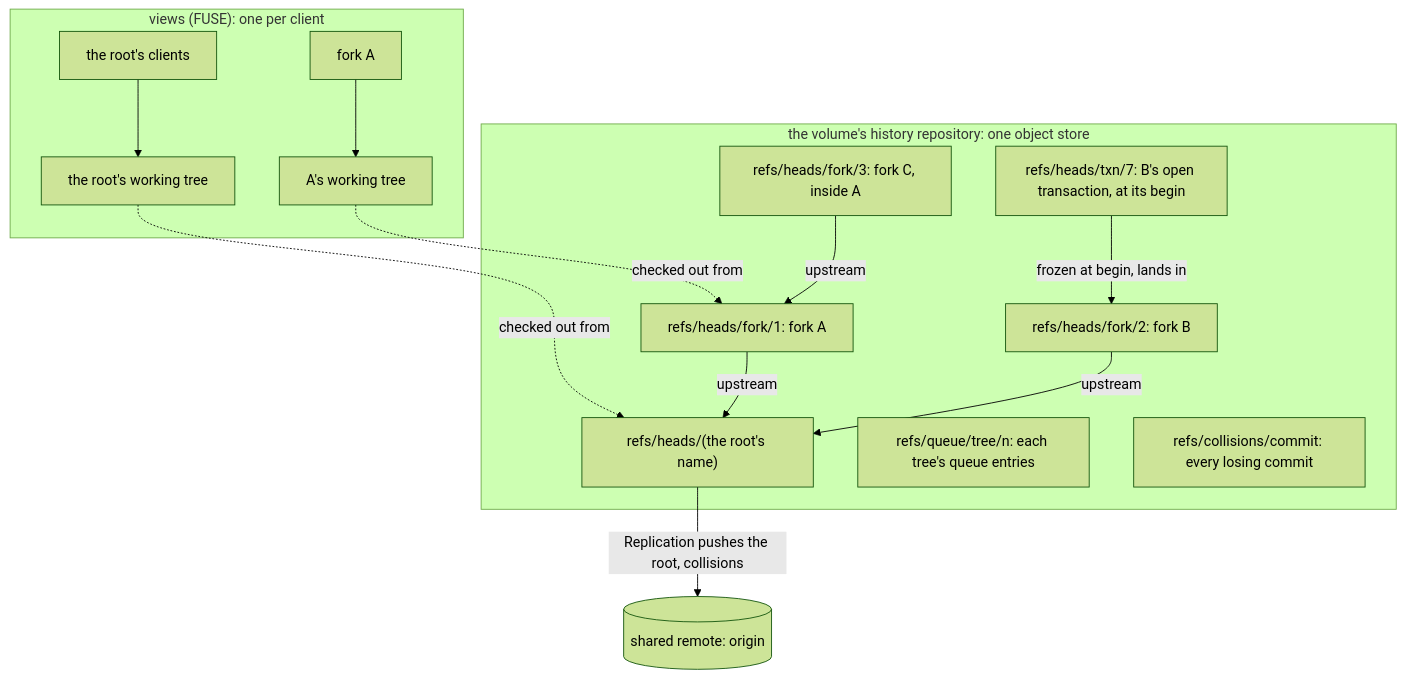
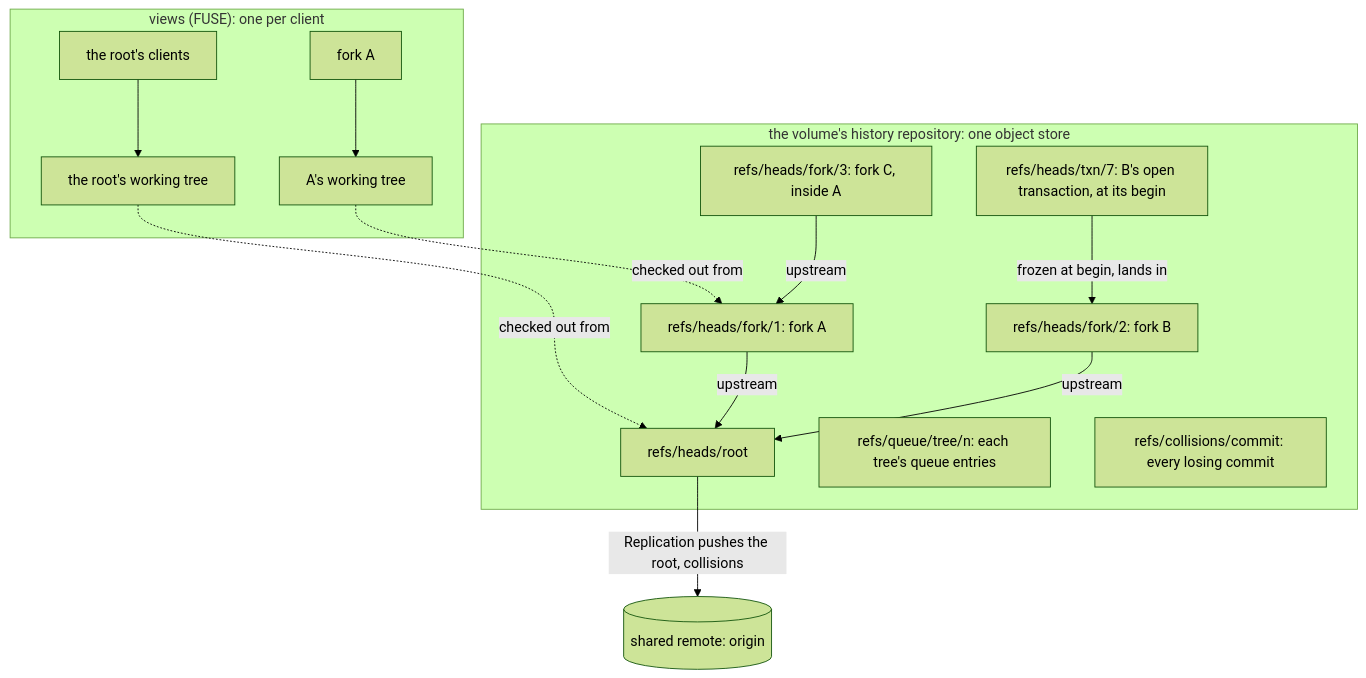
Before and after one commit to mcurcio/agentfs: the first of 7 diagrams in docs/target-architecture/git-model.md, drawn with Mermaid (forest theme). The commit also changed other lines of this file and 2 other files, not shown here.

First line of the commit message:
docs(trees): name the root `root` on the baseline pages

````diff
--- a/docs/target-architecture/git-model.md
+++ b/docs/target-architecture/git-model.md
@@ -50,23 +50,23 @@
 ```mermaid
 flowchart TB
   subgraph R["the volume's history repository: one object store"]
-    M["refs/heads/(the root's name)"]
+    M["refs/heads/root"]
     F1["refs/heads/fork/1: fork A"]
     F2["refs/heads/fork/2: fork B"]
     F3["refs/heads/fork/3: fork C, inside A"]
     T7["refs/heads/txn/7: B's open transaction, at its begin"]
     Q["refs/queue/tree/n: each tree's queue entries"]
     X["refs/collisions/commit: every losing commit"]
   end
   F1 -- "upstream" --> M
   F2 -- "upstream" --> M
   F3 -- "upstream" --> F1
   T7 -- "frozen at begin, lands in" --> F2
   M -- "Replication pushes the root, collisions" --> O[("shared remote: origin")]
   subgraph V["views (FUSE): one per client"]
     VM["the root's clients"] --> WM["the root's working tree"]
     VA["fork A"] --> WA["A's working tree"]
   end
   WM -. "checked out from" .-> M
   WA -. "checked out from" .-> F1
 ```
````
